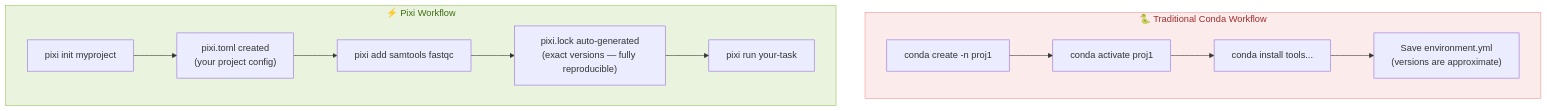
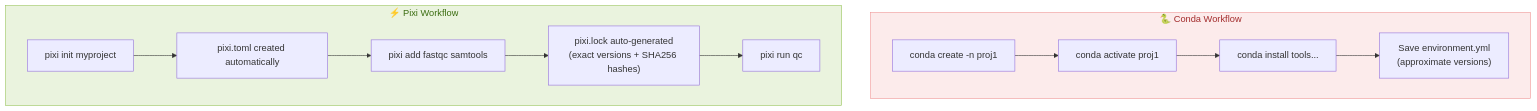
One commit to hossainlab/bioinfo_workflow changed the third of 8 diagrams in docs/day1_pixi_tutorial.md. Above: the diagram before and after it, drawn with Mermaid. The commit also changed other lines of this file, not shown here.

````diff
--- a/docs/day1_pixi_tutorial.md
+++ b/docs/day1_pixi_tutorial.md
@@ -484,18 +441,18 @@
 ```mermaid
 flowchart TD
-    subgraph Traditional["🐍 Traditional Conda Workflow"]
+    subgraph Traditional["🐍 Conda Workflow"]
         A1["conda create -n proj1"] --> B1["conda activate proj1"]
         B1 --> C1["conda install tools..."]
-        C1 --> D1["Save environment.yml<br/>(versions are approximate)"]
+        C1 --> D1["Save environment.yml<br/>(approximate versions)"]
     end
 
     subgraph PixiWay["⚡ Pixi Workflow"]
-        A2["pixi init myproject"] --> B2["pixi.toml created<br/>(your project config)"]
-        B2 --> C2["pixi add samtools fastqc"]
-        C2 --> D2["pixi.lock auto-generated<br/>(exact versions — fully reproducible)"]
-        D2 --> E2["pixi run your-task"]
+        A2["pixi init myproject"] --> B2["pixi.toml created automatically"]
+        B2 --> C2["pixi add fastqc samtools"]
+        C2 --> D2["pixi.lock auto-generated<br/>(exact versions + SHA256 hashes)"]
+        D2 --> E2["pixi run qc"]
     end
 
     style PixiWay fill:#EAF3DE,color:#3B6D11,stroke:#97C459
     style Traditional fill:#FCEBEB,color:#A32D2D,stroke:#F09595
 ```
````
